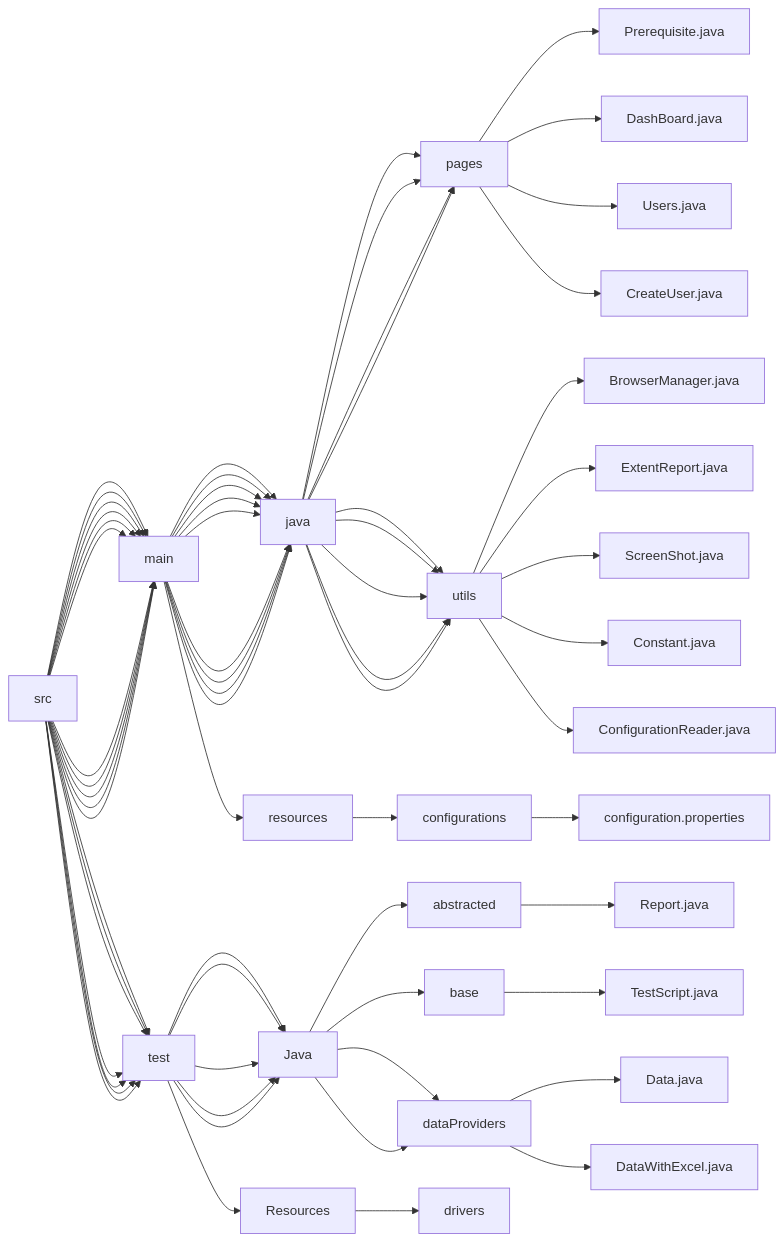
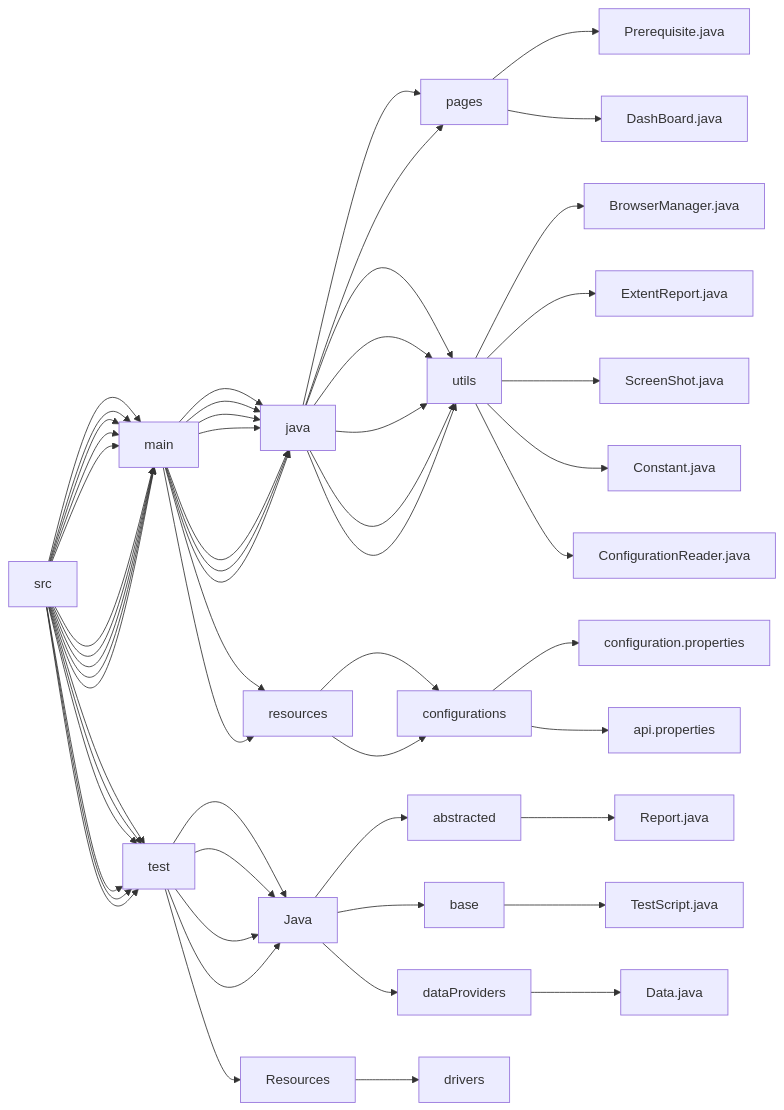
One commit to shark-2000/NCA_Fwk changed the diagram in README.md. Above: the diagram before and after it, drawn with Mermaid.

Commit message:
readne updated

````diff
--- a/README.md
+++ b/README.md
@@ -11,29 +11,28 @@
 ```mermaid
 flowchart LR;
 src-->main;
 src-->test;
 src-->main-->java-->pages-->Prerequisite.java;
 src-->main-->java-->pages-->DashBoard.java;
-src-->main-->java-->pages-->Users.java;
-src-->main-->java-->pages-->CreateUser.java;
 
 
 
 src-->main-->java-->utils-->BrowserManager.java;
 src-->main-->java-->utils-->ExtentReport.java;
 src-->main-->java-->utils-->ScreenShot.java;
 src-->main-->java-->utils-->Constant.java;
 src-->main-->java-->utils-->ConfigurationReader.java;
 
 src-->main-->resources-->configurations-->configuration.properties;
+src-->main-->resources-->configurations-->api.properties;
+
 
 src-->test-->Java;
 src-->test-->Java-->abstracted-->Report.java;
 src-->test-->Java-->base-->TestScript.java;
 src-->test-->Java-->dataProviders-->Data.java;
-src-->test-->Java-->dataProviders-->DataWithExcel.java;
 
 
 
 src-->test-->Resources-->drivers;
 ```
````
